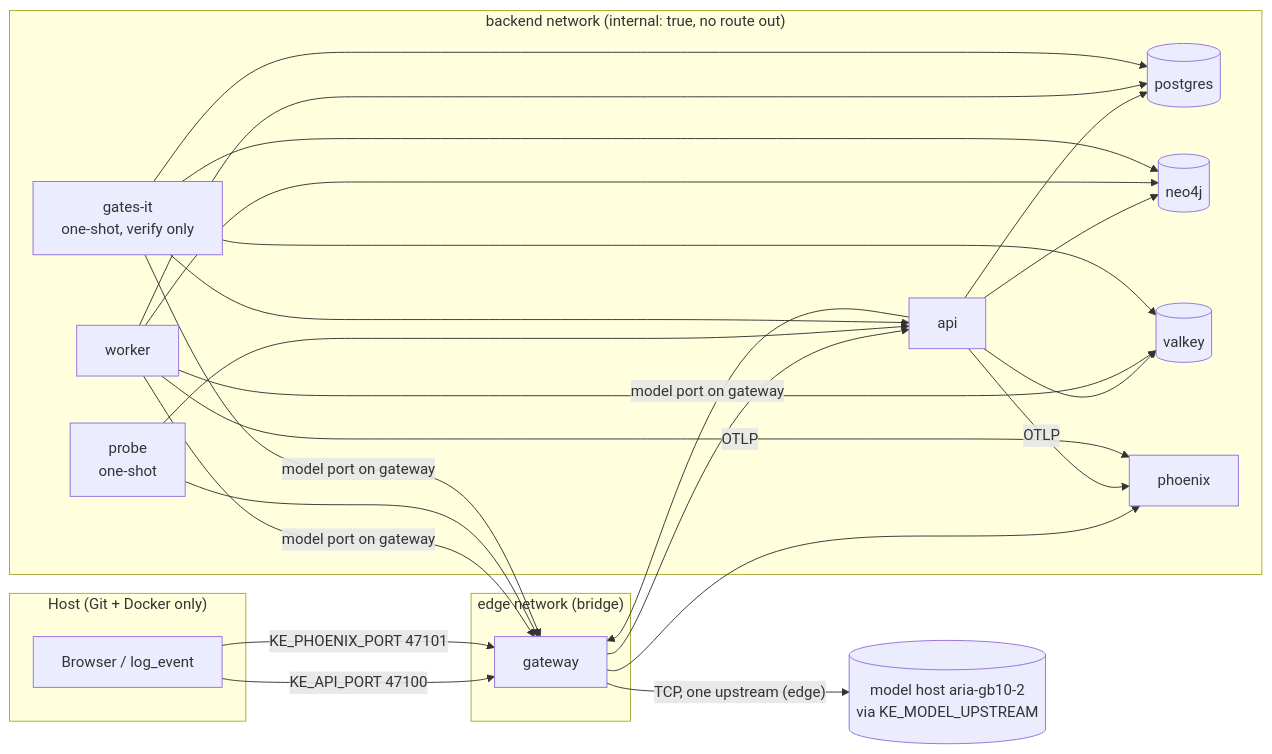
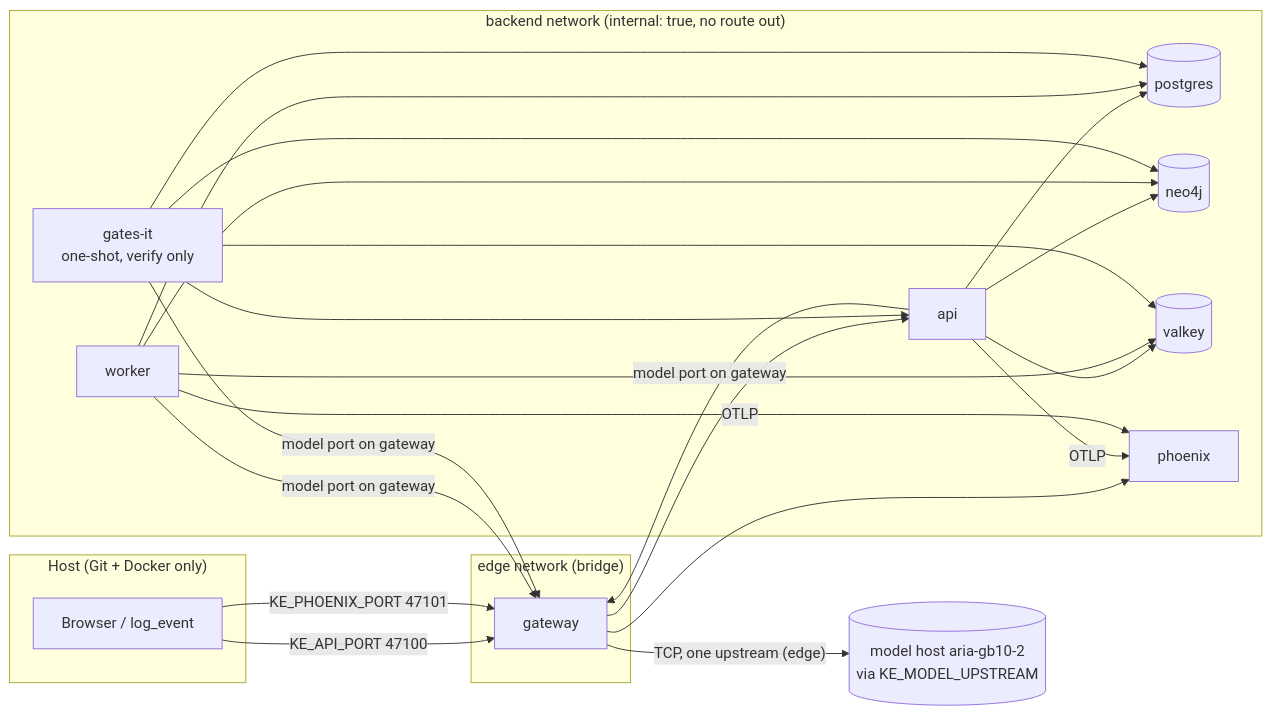
One commit to humanaxiom/Knowledge-engine changed the second of 9 diagrams in docs/architecture.md. Above: the diagram before and after it, drawn with Mermaid. The commit also changed other lines of this file and 40 other files, not shown here.

````diff
--- a/docs/architecture.md
+++ b/docs/architecture.md
@@ -142,29 +174,27 @@
 ```mermaid
 flowchart LR
   subgraph host["Host (Git + Docker only)"]
     user[Browser / log_event]
   end
   subgraph edge["edge network (bridge)"]
     gw[gateway]
   end
   subgraph backend["backend network (internal: true, no route out)"]
     api[api]
     wk[worker]
     pg[(postgres)]
     n4[(neo4j)]
     vk[(valkey)]
     ph[phoenix]
-    pr[probe<br/>one-shot]
     git[gates-it<br/>one-shot, verify only]
   end
   mh[(model host aria-gb10-2<br/>via KE_MODEL_UPSTREAM)]
   user -- "KE_API_PORT 47100" --> gw
   user -- "KE_PHOENIX_PORT 47101" --> gw
   gw --> api & ph
   api & wk -- "model port on gateway" --> gw -- "TCP, one upstream (edge)" --> mh
   api & wk --> pg & n4 & vk
   api & wk -- OTLP --> ph
-  pr --> api & gw
   git --> pg & n4 & vk & api
   git -- "model port on gateway" --> gw
 ```
````
